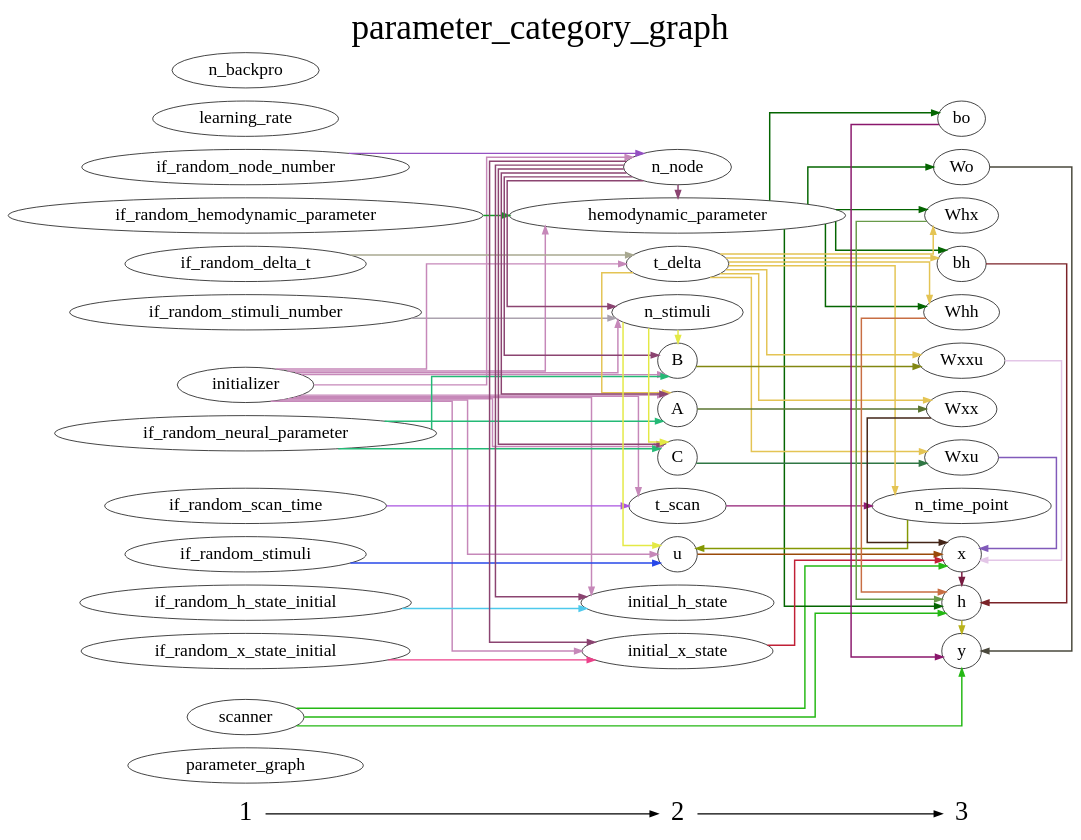
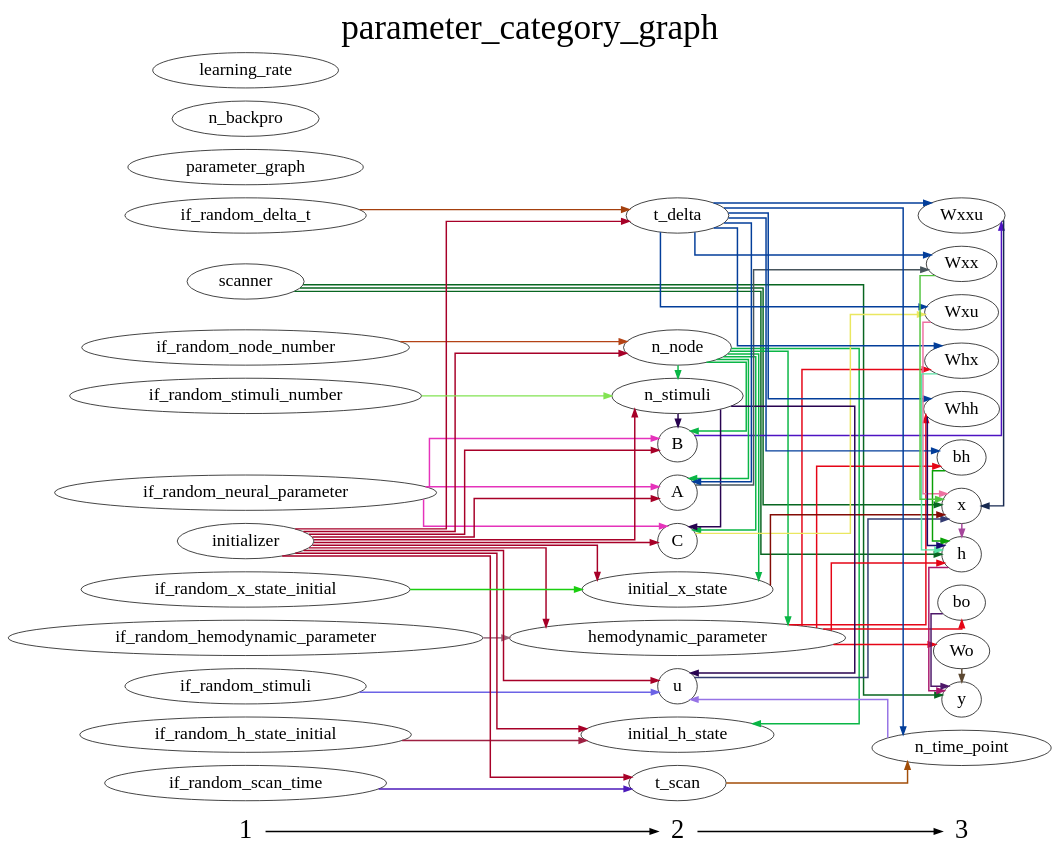
Before and after one commit to YuanWangOnward/DCM_RNN: the diagram in DCM_RNN/documents/parameter_category_graph.gv, drawn with Graphviz. The commit also changed 4 other files, not shown here.

```diff
--- a/DCM_RNN/documents/parameter_category_graph.gv
+++ b/DCM_RNN/documents/parameter_category_graph.gv
@@ -1,132 +1,132 @@
 digraph G {
           splines=ortho;
           fontsize = 48;
           rankdir = "LR";
           node[fontsize=24];
           edge[penwidth=2];
           {
           node [shape=plaintext fontsize=36];
           1 -> 
           2 -> 
           3
           }
           {rank = same;
           1;
+          if_random_delta_t;
+          if_random_h_state_initial;
+          if_random_node_number;
           parameter_graph;
-          if_random_node_number;
-          if_random_stimuli_number;
-          initializer;
+          if_random_hemodynamic_parameter;
+          if_random_stimuli;
           if_random_neural_parameter;
-          if_random_delta_t;
-          learning_rate;
           scanner;
-          if_random_stimuli;
           if_random_scan_time;
           n_backpro;
-          if_random_h_state_initial;
+          initializer;
+          if_random_stimuli_number;
           if_random_x_state_initial;
-          if_random_hemodynamic_parameter;
+          learning_rate;
           }
           {rank = same;
           2;
+          B;
+          n_node;
+          initial_h_state;
+          t_scan;
+          u;
           hemodynamic_parameter;
           C;
-          t_delta;
-          u;
-          n_node;
-          initial_h_state;
-          B;
-          A;
           initial_x_state;
           n_stimuli;
-          t_scan;
+          A;
+          t_delta;
           }
           {rank = same;
           3;
+          Wxu;
           n_time_point;
+          bh;
+          x;
+          h;
+          Wxxu;
+          Whx;
+          Wxx;
+          Wo;
           bo;
-          Wxx;
-          Whx;
-          bh;
-          Wxu;
-          h;
           Whh;
-          x;
           y;
-          Wxxu;
-          Wo;
           }
-          hemodynamic_parameter -> Whx [color="#046501"];
-          hemodynamic_parameter -> bh [color="#046501"];
-          hemodynamic_parameter -> h [color="#046501"];
-          hemodynamic_parameter -> bo [color="#046501"];
-          hemodynamic_parameter -> Whh [color="#046501"];
-          hemodynamic_parameter -> Wo [color="#046501"];
+          u -> x [color="#333B72"];
+          if_random_scan_time -> t_scan [color="#4C1ABA"];
+          B -> Wxxu [color="#4E13C2"];
+          if_random_node_number -> n_node [color="#B44316"];
+          Wxu -> x [color="#EE72A1"];
           parameter_graph ;
-          C -> Wxu [color="#307744"];
-          t_delta -> n_time_point [color="#E4C454"];
-          t_delta -> Whx [color="#E4C454"];
-          t_delta -> bh [color="#E4C454"];
-          t_delta -> Wxu [color="#E4C454"];
-          t_delta -> Wxxu [color="#E4C454"];
-          t_delta -> Wxx [color="#E4C454"];
-          t_delta -> A [color="#E4C454"];
-          t_delta -> Whh [color="#E4C454"];
-          n_time_point -> u [color="#849803"];
-          u -> x [color="#9A4A09"];
-          n_node -> initial_h_state [color="#8B4471"];
-          n_node -> hemodynamic_parameter [color="#8B4471"];
-          n_node -> C [color="#8B4471"];
-          n_node -> B [color="#8B4471"];
-          n_node -> A [color="#8B4471"];
-          n_node -> initial_x_state [color="#8B4471"];
-          n_node -> n_stimuli [color="#8B4471"];
-          if_random_node_number -> n_node [color="#9451C2"];
+          n_node -> hemodynamic_parameter [color="#0AB646"];
+          n_node -> C [color="#0AB646"];
+          n_node -> B [color="#0AB646"];
+          n_node -> initial_h_state [color="#0AB646"];
+          n_node -> initial_x_state [color="#0AB646"];
+          n_node -> n_stimuli [color="#0AB646"];
+          n_node -> A [color="#0AB646"];
+          if_random_hemodynamic_parameter -> hemodynamic_parameter [color="#94687A"];
+          if_random_neural_parameter -> C [color="#E533BB"];
+          if_random_neural_parameter -> B [color="#E533BB"];
+          if_random_neural_parameter -> A [color="#E533BB"];
+          n_time_point -> u [color="#9673E5"];
+          bo -> y [color="#4E186A"];
+          t_scan -> n_time_point [color="#A24E08"];
+          bh -> h [color="#09A005"];
+          hemodynamic_parameter -> h [color="#E50516"];
+          hemodynamic_parameter -> bh [color="#E50516"];
+          hemodynamic_parameter -> Wo [color="#E50516"];
+          hemodynamic_parameter -> Whx [color="#E50516"];
+          hemodynamic_parameter -> bo [color="#E50516"];
+          hemodynamic_parameter -> Whh [color="#E50516"];
+          x -> h [color="#A6469B"];
+          if_random_stimuli -> u [color="#6C63E6"];
           initial_h_state ;
-          B -> Wxxu [color="#828712"];
-          if_random_stimuli_number -> n_stimuli [color="#ABA2AE"];
-          bo -> y [color="#8A176C"];
-          if_random_scan_time -> t_scan [color="#AA54E0"];
-          Whx -> h [color="#689A49"];
-          A -> Wxx [color="#5A7430"];
-          Wxu -> x [color="#815ABA"];
-          if_random_neural_parameter -> C [color="#24B976"];
-          if_random_neural_parameter -> B [color="#24B976"];
-          if_random_neural_parameter -> A [color="#24B976"];
-          bh -> h [color="#7B2328"];
-          h -> y [color="#B9B21C"];
-          t_scan -> n_time_point [color="#921C74"];
-          if_random_delta_t -> t_delta [color="#A8A890"];
+          if_random_h_state_initial -> initial_h_state [color="#9E2042"];
+          h -> y [color="#A7166C"];
+          Wo -> y [color="#5C4831"];
+          Whh -> h [color="#160C70"];
+          n_backpro ;
+          Wxxu -> x [color="#182A51"];
+          initializer -> n_node [color="#A70028"];
+          initializer -> hemodynamic_parameter [color="#A70028"];
+          initializer -> C [color="#A70028"];
+          initializer -> u [color="#A70028"];
+          initializer -> B [color="#A70028"];
+          initializer -> initial_h_state [color="#A70028"];
+          initializer -> t_scan [color="#A70028"];
+          initializer -> initial_x_state [color="#A70028"];
+          initializer -> n_stimuli [color="#A70028"];
+          initializer -> A [color="#A70028"];
+          initializer -> t_delta [color="#A70028"];
+          if_random_stimuli_number -> n_stimuli [color="#82E352"];
+          initial_x_state -> x [color="#830C06"];
+          if_random_x_state_initial -> initial_x_state [color="#1BCE10"];
+          n_stimuli -> C [color="#280350"];
+          n_stimuli -> u [color="#280350"];
+          n_stimuli -> B [color="#280350"];
+          Whx -> h [color="#59E4A5"];
+          A -> Wxx [color="#48555C"];
+          Wxx -> x [color="#53C541"];
           learning_rate ;
-          Wxx -> x [color="#422417"];
-          initial_x_state -> x [color="#C02036"];
-          scanner -> h [color="#24B814"];
-          scanner -> y [color="#24B814"];
-          scanner -> x [color="#24B814"];
-          if_random_stimuli -> u [color="#2747E9"];
-          n_backpro ;
-          if_random_h_state_initial -> initial_h_state [color="#4EC9EC"];
-          Whh -> h [color="#C86E43"];
-          if_random_x_state_initial -> initial_x_state [color="#EC418A"];
-          x -> h [color="#781C41"];
-          n_stimuli -> u [color="#E4E945"];
-          n_stimuli -> C [color="#E4E945"];
-          n_stimuli -> B [color="#E4E945"];
+          if_random_delta_t -> t_delta [color="#A4400E"];
+          t_delta -> Wxu [color="#033E9A"];
+          t_delta -> bh [color="#033E9A"];
+          t_delta -> Wxxu [color="#033E9A"];
+          t_delta -> Whx [color="#033E9A"];
+          t_delta -> n_time_point [color="#033E9A"];
+          t_delta -> A [color="#033E9A"];
+          t_delta -> Wxx [color="#033E9A"];
+          t_delta -> Whh [color="#033E9A"];
+          C -> Wxu [color="#EAE760"];
           y ;
-          initializer -> u [color="#C688B9"];
-          initializer -> initial_h_state [color="#C688B9"];
-          initializer -> t_scan [color="#C688B9"];
-          initializer -> hemodynamic_parameter [color="#C688B9"];
-          initializer -> C [color="#C688B9"];
-          initializer -> t_delta [color="#C688B9"];
-          initializer -> n_node [color="#C688B9"];
-          initializer -> B [color="#C688B9"];
-          initializer -> A [color="#C688B9"];
-          initializer -> initial_x_state [color="#C688B9"];
-          initializer -> n_stimuli [color="#C688B9"];
-          Wxxu -> x [color="#E3C6E7"];
-          Wo -> y [color="#4A483C"];
-          if_random_hemodynamic_parameter -> hemodynamic_parameter [color="#129823"];
+          scanner -> h [color="#086621"];
+          scanner -> x [color="#086621"];
+          scanner -> y [color="#086621"];
           labelloc = "t";
           label = "parameter_category_graph";
 }
```
